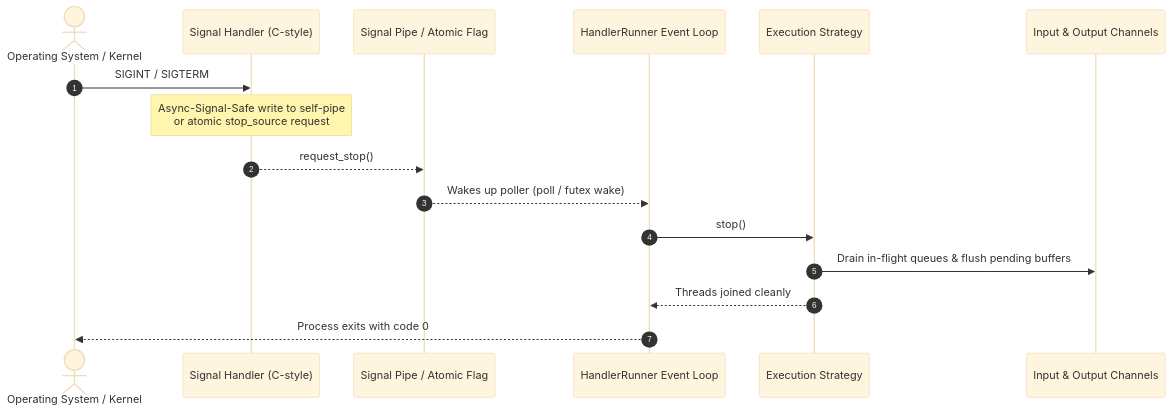
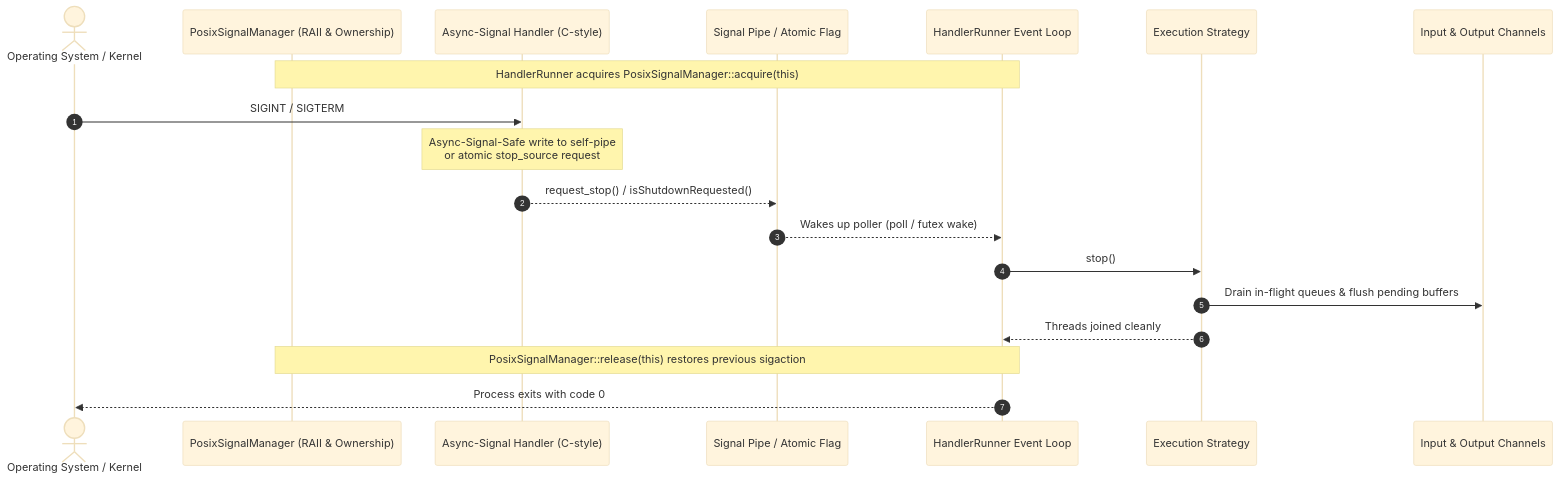
The second of 2 diagrams in docs/architecture/concurrency-and-lifecycle-supervision.md (notzain/proxy-pipeline), drawn with Mermaid (base theme) before and after one commit. The commit also changed other lines of this file and 9 other files, not shown here.

First line of the commit message:
docs(architecture): update living system architectural specifications

````diff
--- a/docs/architecture/concurrency-and-lifecycle-supervision.md
+++ b/docs/architecture/concurrency-and-lifecycle-supervision.md
@@ -93,19 +93,22 @@
 ```mermaid
 sequenceDiagram
     autonumber
     actor OS as Operating System / Kernel
-    participant SigHandler as Signal Handler (C-style)
+    participant SigManager as PosixSignalManager (RAII & Ownership)
+    participant SigHandler as Async-Signal Handler (C-style)
     participant AtomicFlag as Signal Pipe / Atomic Flag
     participant Runner as HandlerRunner Event Loop
     participant Strat as Execution Strategy
     participant Channels as Input & Output Channels
 
+    Note over Runner,SigManager: HandlerRunner acquires PosixSignalManager::acquire(this)
     OS->>SigHandler: SIGINT / SIGTERM
     Note over SigHandler: Async-Signal-Safe write to self-pipe<br/>or atomic stop_source request
-    SigHandler-->>AtomicFlag: request_stop()
+    SigHandler-->>AtomicFlag: request_stop() / isShutdownRequested()
     AtomicFlag-->>Runner: Wakes up poller (poll / futex wake)
     Runner->>Strat: stop()
     Strat->>Channels: Drain in-flight queues & flush pending buffers
     Strat-->>Runner: Threads joined cleanly
+    Note over Runner,SigManager: PosixSignalManager::release(this) restores previous sigaction
     Runner-->>OS: Process exits with code 0
 ```
````
